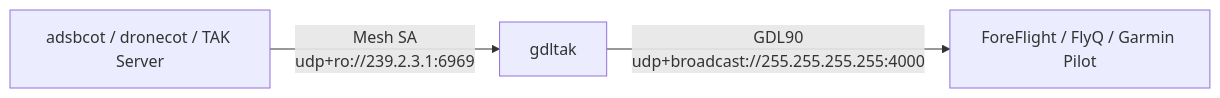
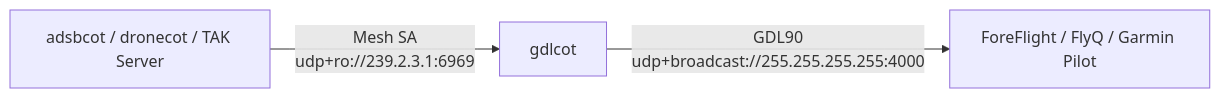
Before and after one commit to snstac/aryaos: the diagram in docs/deploy/foreflight-gdl90.md, drawn with Mermaid. The commit also changed other lines of this file and 180 other files, not shown here.

````diff
--- a/docs/deploy/foreflight-gdl90.md
+++ b/docs/deploy/foreflight-gdl90.md
@@ -26,6 +26,6 @@
 ```mermaid
 flowchart LR
     ADSB[adsbcot / dronecot / TAK Server]
-    ADSB -->|Mesh SA<br/>udp+ro://239.2.3.1:6969| G[gdltak]
+    ADSB -->|Mesh SA<br/>udp+ro://239.2.3.1:6969| G[gdlcot]
     G -->|GDL90<br/>udp+broadcast://255.255.255.255:4000| F[ForeFlight / FlyQ / Garmin Pilot]
 ```
````
